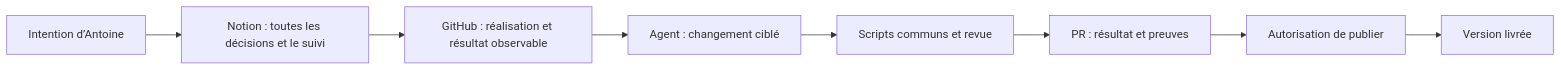
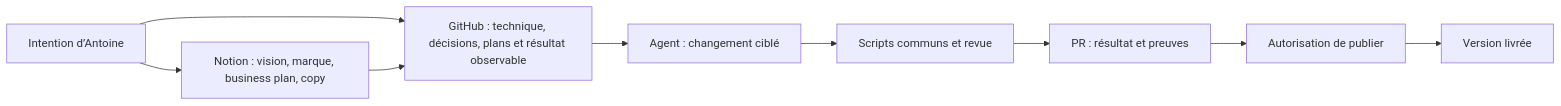
One commit to antoineberjoan/sema changed the diagram in docs/engineering/WORKFLOW.md. Above: the diagram before and after it, drawn with Mermaid. The commit also changed other lines of this file and 6 other files, not shown here.

Commit message:
Appliquer le partage Notion / GitHub à l’entrée, aux sources, au fonctionnement et aux skills

````diff
--- a/docs/engineering/WORKFLOW.md
+++ b/docs/engineering/WORKFLOW.md
@@ -7,10 +7,11 @@
 ```mermaid
 flowchart LR
-    Human["Intention d’Antoine"] --> Notion["Notion : toutes les décisions et le suivi"]
-    Notion --> Task["GitHub : réalisation et résultat observable"]
+    Human["Intention d’Antoine"] --> Notion["Notion : vision, marque, business plan, copy"]
+    Human --> Task["GitHub : technique, décisions, plans et résultat observable"]
+    Notion --> Task
     Task --> Agent["Agent : changement ciblé"]
     Agent --> Checks["Scripts communs et revue"]
     Checks --> PR["PR : résultat et preuves"]
     PR --> Approval["Autorisation de publier"]
     Approval --> Delivery["Version livrée"]
 ```
````
